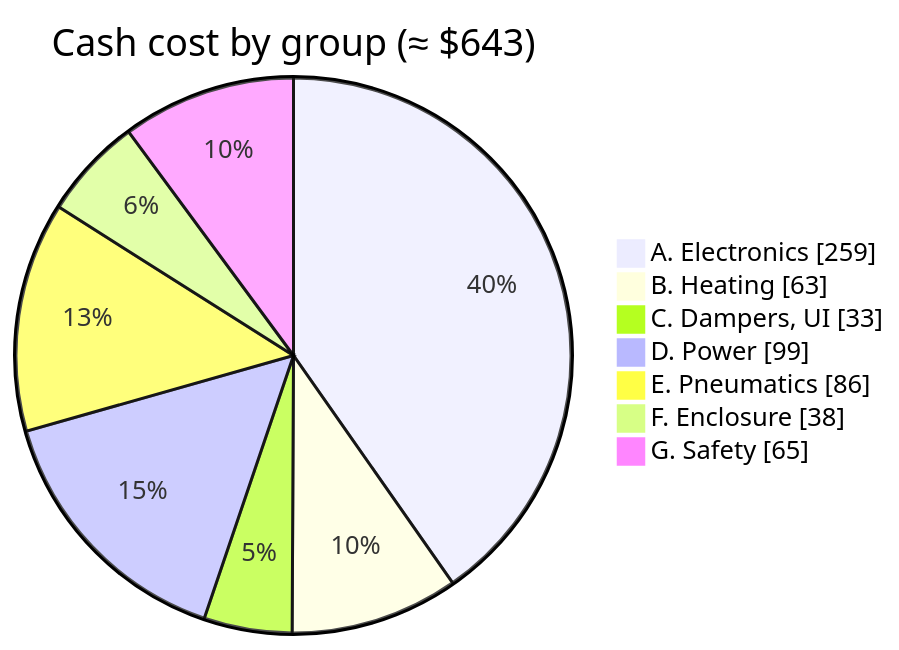
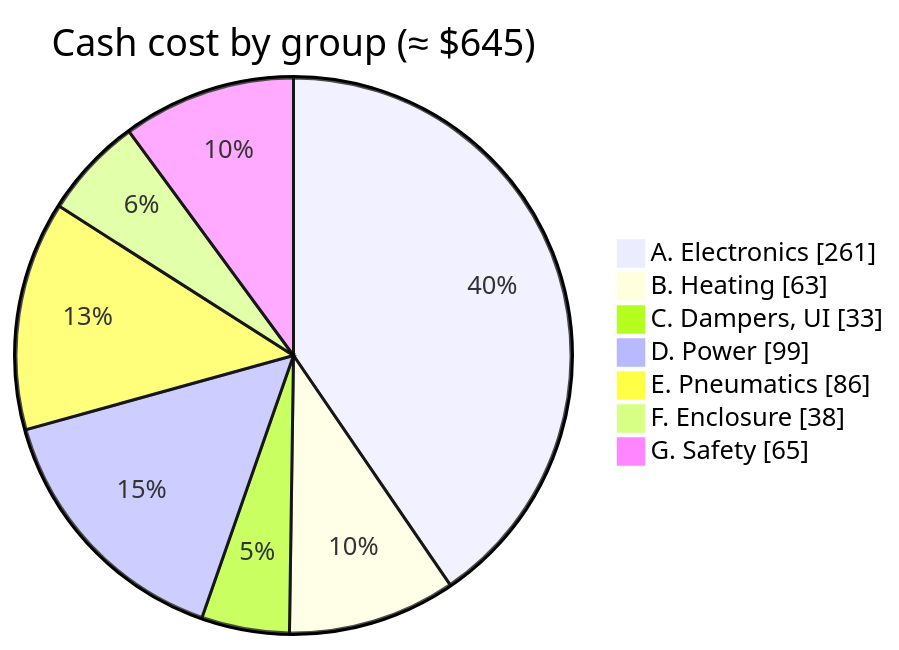
The diagram in docs/03_bill_of_materials.md (BashfulBits/3dp-fleet-exhaust), drawn with Mermaid before and after one commit. The commit also changed other lines of this file and 3 other files, not shown here.

````diff
--- a/docs/03_bill_of_materials.md
+++ b/docs/03_bill_of_materials.md
@@ -28,11 +28,11 @@
 ```mermaid
 pie showData
-  title Cash cost by group (≈ $643)
-  "A. Electronics" : 259
+  title Cash cost by group (≈ $645)
+  "A. Electronics" : 261
   "B. Heating" : 63
   "C. Dampers, UI" : 33
   "D. Power" : 99
   "E. Pneumatics" : 86
   "F. Enclosure" : 38
   "G. Safety" : 65
 ```
````
